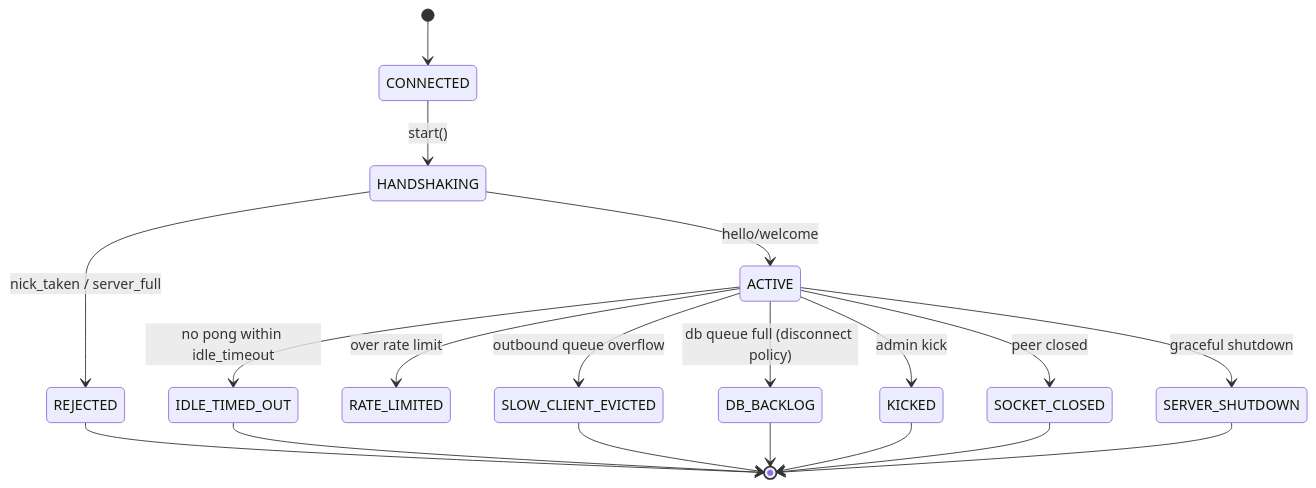
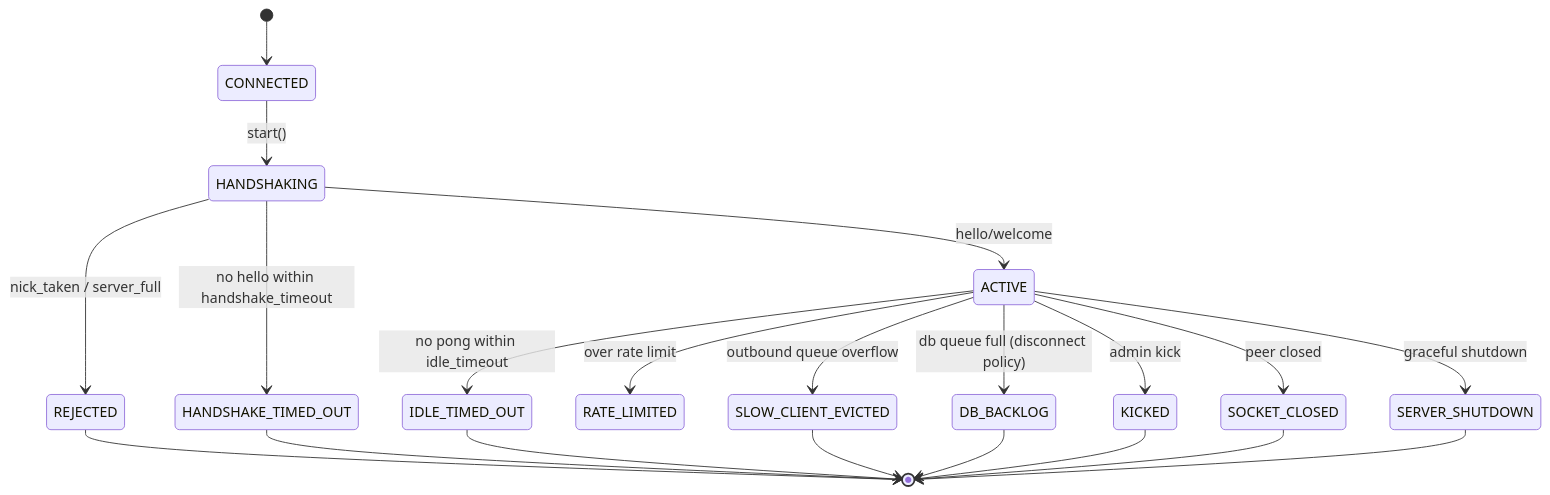
The diagram in docs/lifecycle.md (PrincetonAfeez/Chat-Server), drawn with Mermaid before and after one commit. The commit also changed other lines of this file and 18 other files, not shown here.

````diff
--- a/docs/lifecycle.md
+++ b/docs/lifecycle.md
@@ -3,21 +3,23 @@
 ```mermaid
 stateDiagram-v2
     [*] --> CONNECTED
     CONNECTED --> HANDSHAKING: start()
     HANDSHAKING --> ACTIVE: hello/welcome
     HANDSHAKING --> REJECTED: nick_taken / server_full
+    HANDSHAKING --> HANDSHAKE_TIMED_OUT: no hello within handshake_timeout
     ACTIVE --> IDLE_TIMED_OUT: no pong within idle_timeout
     ACTIVE --> RATE_LIMITED: over rate limit
     ACTIVE --> SLOW_CLIENT_EVICTED: outbound queue overflow
     ACTIVE --> DB_BACKLOG: db queue full (disconnect policy)
     ACTIVE --> KICKED: admin kick
     ACTIVE --> SOCKET_CLOSED: peer closed
     ACTIVE --> SERVER_SHUTDOWN: graceful shutdown
     REJECTED --> [*]
+    HANDSHAKE_TIMED_OUT --> [*]
     IDLE_TIMED_OUT --> [*]
     SLOW_CLIENT_EVICTED --> [*]
     DB_BACKLOG --> [*]
     KICKED --> [*]
     SOCKET_CLOSED --> [*]
     SERVER_SHUTDOWN --> [*]
 ```
````
